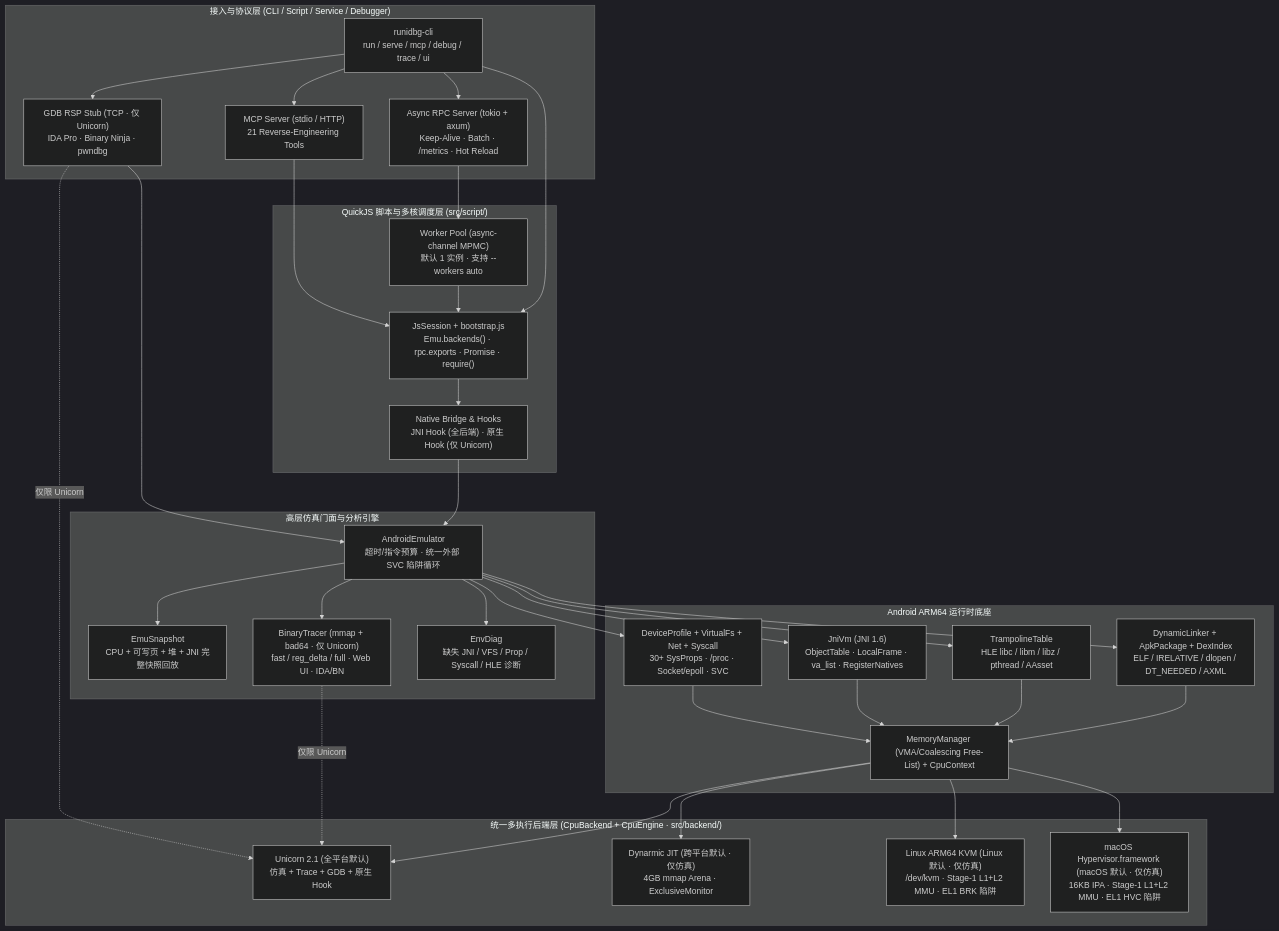
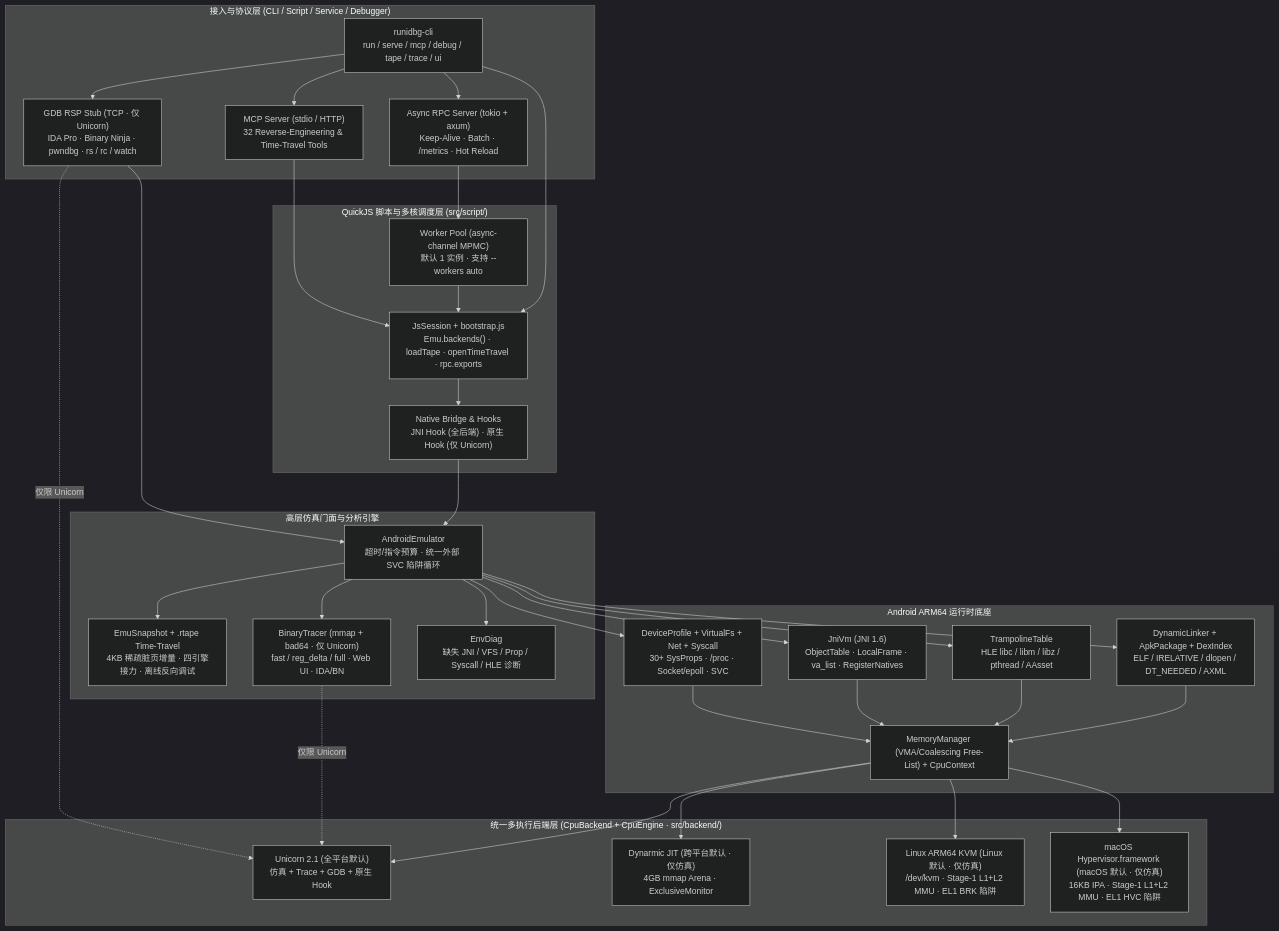
Before and after one commit to Elliot0215/runidbg: the fourth of 4 diagrams in README.md, drawn with Mermaid (dark theme). The commit also changed other lines of this file and 1 other file, not shown here.

Commit message:
docs(readme): document .rtape snapshots, Phase 2 time-travel debugging, and Web UI cockpit

````diff
--- a/README.md
+++ b/README.md
@@ -153,67 +156,67 @@
 ```mermaid
 flowchart TB
     subgraph Entry["接入与协议层 (CLI / Script / Service / Debugger)"]
-        CLI["runidbg-cli\nrun / serve / mcp / debug / trace / ui"]
+        CLI["runidbg-cli\nrun / serve / mcp / debug / tape / trace / ui"]
         RPC["Async RPC Server (tokio + axum)\nKeep-Alive · Batch · /metrics · Hot Reload"]
-        MCP["MCP Server (stdio / HTTP)\n21 Reverse-Engineering Tools"]
-        GDB["GDB RSP Stub (TCP · 仅 Unicorn)\nIDA Pro · Binary Ninja · pwndbg"]
+        MCP["MCP Server (stdio / HTTP)\n32 Reverse-Engineering & Time-Travel Tools"]
+        GDB["GDB RSP Stub (TCP · 仅 Unicorn)\nIDA Pro · Binary Ninja · pwndbg · rs / rc / watch"]
     end
 
     subgraph ScriptLayer["QuickJS 脚本与多核调度层 (src/script/)"]
         Pool["Worker Pool (async-channel MPMC)\n默认 1 实例 · 支持 --workers auto"]
-        Session["JsSession + bootstrap.js\nEmu.backends() · rpc.exports · Promise · require()"]
+        Session["JsSession + bootstrap.js\nEmu.backends() · loadTape · openTimeTravel · rpc.exports"]
         Bridge["Native Bridge & Hooks\nJNI Hook (全后端) · 原生 Hook (仅 Unicorn)"]
     end
 
     subgraph Facade["高层仿真门面与分析引擎"]
         Emu["AndroidEmulator\n超时/指令预算 · 统一外部 SVC 陷阱循环"]
-        Snap["EmuSnapshot\nCPU + 可写页 + 堆 + JNI 完整快照回放"]
+        Snap["EmuSnapshot + .rtape Time-Travel\n4KB 稀疏脏页增量 · 四引擎接力 · 离线反向调试"]
         Tracer["BinaryTracer (mmap + bad64 · 仅 Unicorn)\nfast / reg_delta / full · Web UI · IDA/BN"]
         Diag["EnvDiag\n缺失 JNI / VFS / Prop / Syscall / HLE 诊断"]
     end
 
     subgraph Runtime["Android ARM64 运行时底座"]
         Loader["DynamicLinker + ApkPackage + DexIndex\nELF / IRELATIVE / dlopen / DT_NEEDED / AXML"]
         HLE["TrampolineTable\nHLE libc / libm / libz / pthread / AAsset"]
         JNI["JniVm (JNI 1.6)\nObjectTable · LocalFrame · va_list · RegisterNatives"]
         OS["DeviceProfile + VirtualFs + Net + Syscall\n30+ SysProps · /proc · Socket/epoll · SVC"]
         Mem["MemoryManager (VMA/Coalescing Free-List) + CpuContext"]
     end
 
     subgraph Backends["统一多执行后端层 (CpuBackend + CpuEngine · src/backend/)"]
         UC["Unicorn 2.1 (全平台默认)\n仿真 + Trace + GDB + 原生 Hook"]
         DYN["Dynarmic JIT (跨平台默认 · 仅仿真)\n4GB mmap Arena · ExclusiveMonitor"]
         KVM["Linux ARM64 KVM (Linux 默认 · 仅仿真)\n/dev/kvm · Stage-1 L1+L2 MMU · EL1 BRK 陷阱"]
         HVF["macOS Hypervisor.framework (macOS 默认 · 仅仿真)\n16KB IPA · Stage-1 L1+L2 MMU · EL1 HVC 陷阱"]
     end
 
     CLI --> RPC
     CLI --> MCP
     CLI --> GDB
     CLI --> Session
 
     RPC --> Pool --> Session
     MCP --> Session
     Session --> Bridge --> Emu
     GDB --> Emu
 
     Emu --> Snap
     Emu --> Tracer
     Emu --> Diag
     Emu --> Loader
     Emu --> HLE
     Emu --> JNI
     Emu --> OS
 
     Loader --> Mem
     HLE --> Mem
     JNI --> Mem
     OS --> Mem
 
     Mem --> UC
     Mem --> DYN
     Mem --> KVM
     Mem --> HVF
     Tracer -. 仅限 Unicorn .-> UC
     GDB -. 仅限 Unicorn .-> UC
 ```
````
